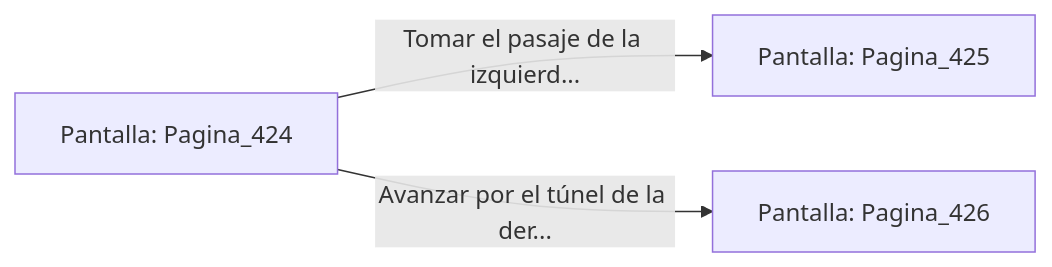
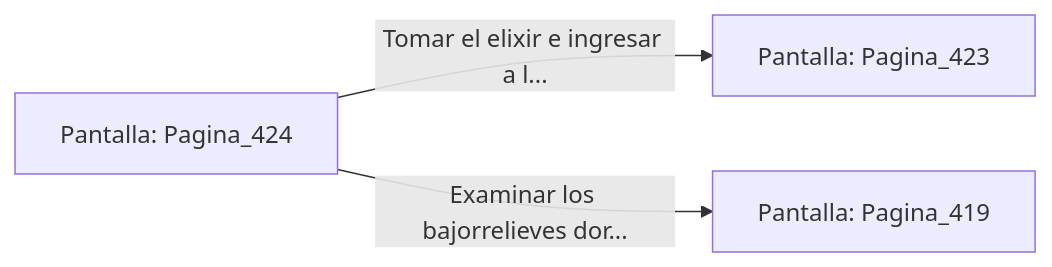
Before and after one commit to metsuke/mpl: the diagram in sample/eligejuego-vault/Pantalla_Pagina_424.md, drawn with Mermaid. The commit also changed other lines of this file and 635 other files, not shown here.

First line of the commit message:
fix: añadir Pagina_1 como pantalla inicial en capitulo_01.mpl

````diff
--- a/sample/eligejuego-vault/Pantalla_Pagina_424.md
+++ b/sample/eligejuego-vault/Pantalla_Pagina_424.md
@@ -20,6 +22,6 @@
 ```mermaid
 graph LR
     P_Pagina_424["Pantalla: Pagina_424"]
-    P_Pagina_424 -->|"Tomar el pasaje de la izquierd..."| P_Pagina_425["Pantalla: Pagina_425"]
-    P_Pagina_424 -->|"Avanzar por el túnel de la der..."| P_Pagina_426["Pantalla: Pagina_426"]
+    P_Pagina_424 -->|"Tomar el elixir e ingresar a l..."| P_Pagina_423["Pantalla: Pagina_423"]
+    P_Pagina_424 -->|"Examinar los bajorrelieves dor..."| P_Pagina_419["Pantalla: Pagina_419"]
 ```
````
